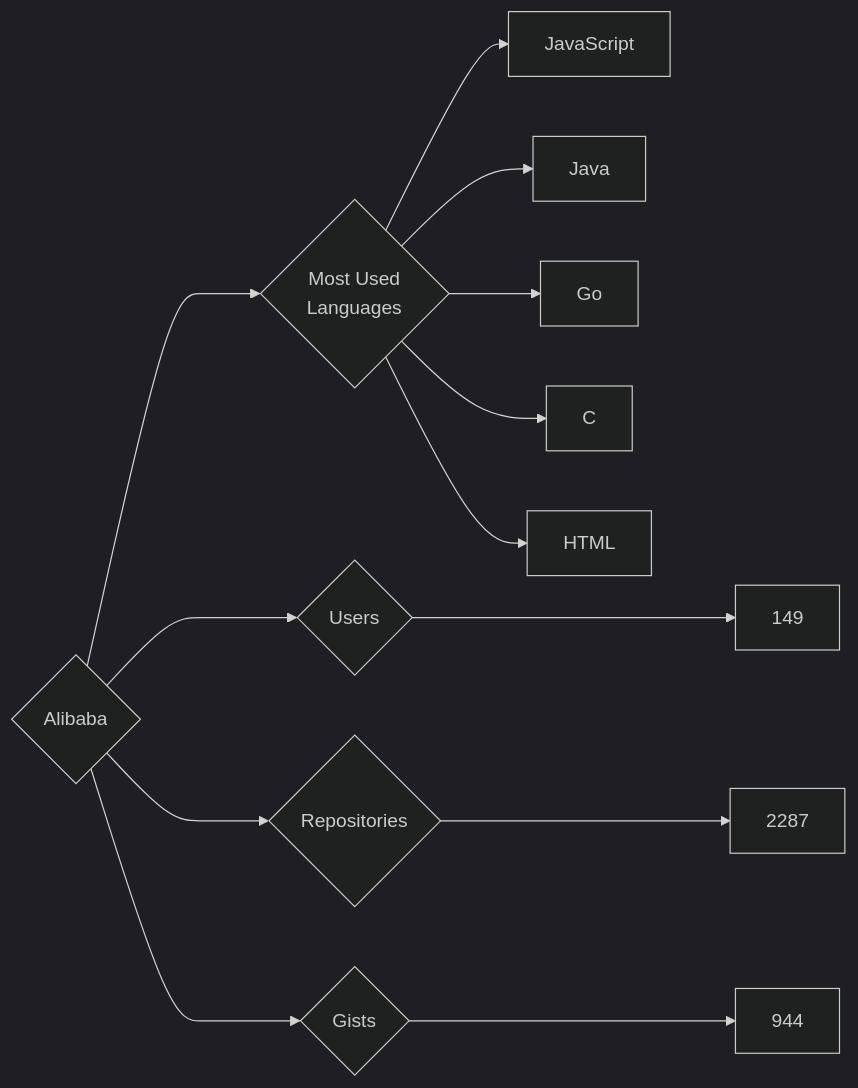
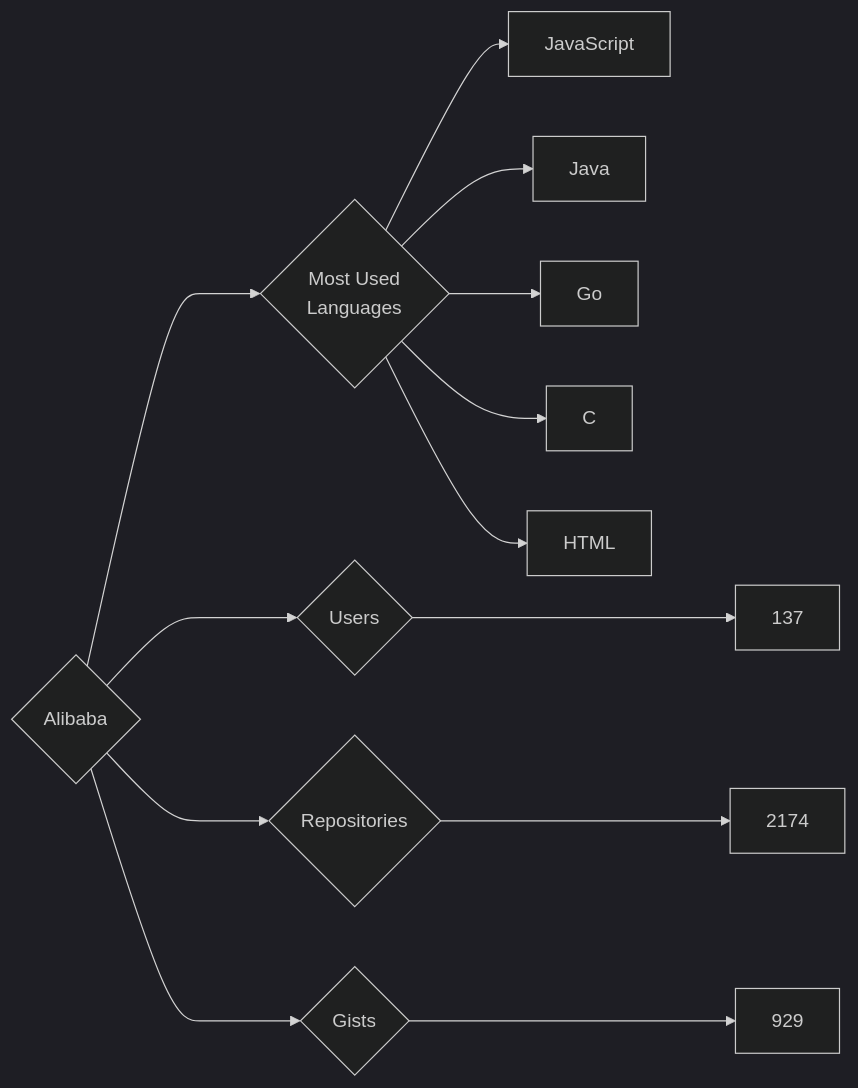
Before and after one commit to trickest/insiders: the diagram in targets/Alibaba/README.md, drawn with Mermaid (dark theme). The commit also changed 882 other files, not shown here.

````diff
--- a/targets/Alibaba/README.md
+++ b/targets/Alibaba/README.md
@@ -3,13 +3,13 @@
 ```mermaid
 graph LR
 COMPANY_NAME{Alibaba}
-COMPANY_NAME ---> U{Users} ---> UN[149]
-COMPANY_NAME ---> R{Repositories} ---> RN[2287]
-COMPANY_NAME ---> G{Gists} ---> GN[944]
+COMPANY_NAME ---> U{Users} ---> UN[137]
+COMPANY_NAME ---> R{Repositories} ---> RN[2174]
+COMPANY_NAME ---> G{Gists} ---> GN[929]
 COMPANY_NAME ---> ML{Most Used<br>Languages}
 ML --> JavaScript[JavaScript]
 ML --> Java[Java]
 ML --> Go[Go]
 ML --> C[C]
 ML --> HTML[HTML]
 ```
````
